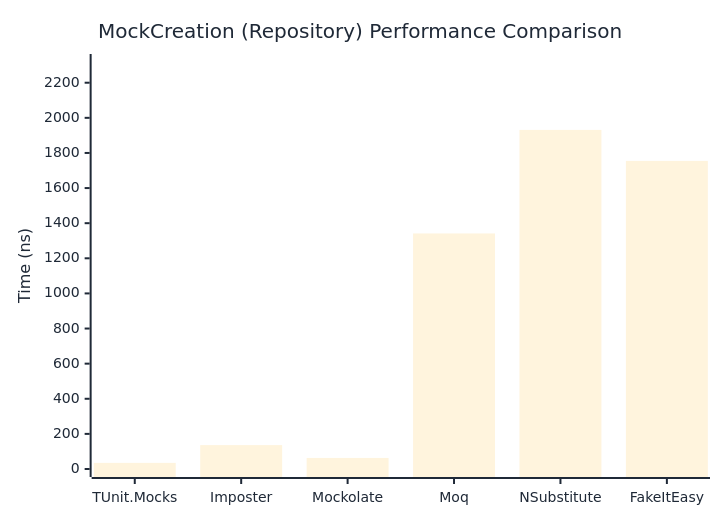
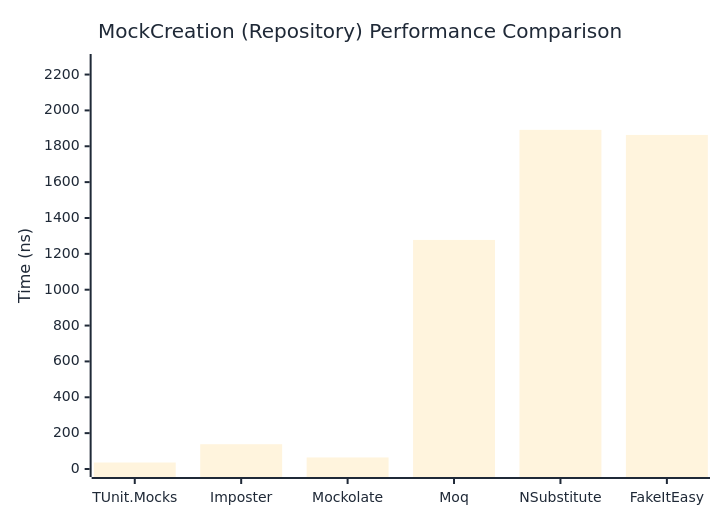
Before and after one commit to thomhurst/TUnit: the second of 2 diagrams in docs/docs/benchmarks/mocks/MockCreation.md, drawn with Mermaid. The commit also changed other lines of this file and 14 other files, not shown here.

````diff
--- a/docs/docs/benchmarks/mocks/MockCreation.md
+++ b/docs/docs/benchmarks/mocks/MockCreation.md
@@ -69,27 +69,27 @@
 ```mermaid
 %%{init: {
   'theme':'base',
   'themeVariables': {
     'primaryColor': '#2563eb',
     'primaryTextColor': '#1f2937',
     'primaryBorderColor': '#1e40af',
     'lineColor': '#6b7280',
     'secondaryColor': '#7c3aed',
     'tertiaryColor': '#dc2626',
     'background': '#ffffff',
     'pie1': '#2563eb',
     'pie2': '#7c3aed',
     'pie3': '#dc2626',
     'pie4': '#f59e0b',
     'pie5': '#10b981',
     'pie6': '#06b6d4',
     'pie7': '#ec4899',
     'pie8': '#6366f1'
   }
 }}%%
 xychart-beta
   title "MockCreation (Repository) Performance Comparison"
   x-axis ["TUnit.Mocks", "Imposter", "Mockolate", "Moq", "NSubstitute", "FakeItEasy"]
-  y-axis "Time (ns)" 0 --> 2318
-  bar [34.87, 136.11, 63.06, 1341.56, 1931.34, 1754.72]
+  y-axis "Time (ns)" 0 --> 2270
+  bar [36.22, 138.26, 64.42, 1277.66, 1891.54, 1863.22]
 ```
````
